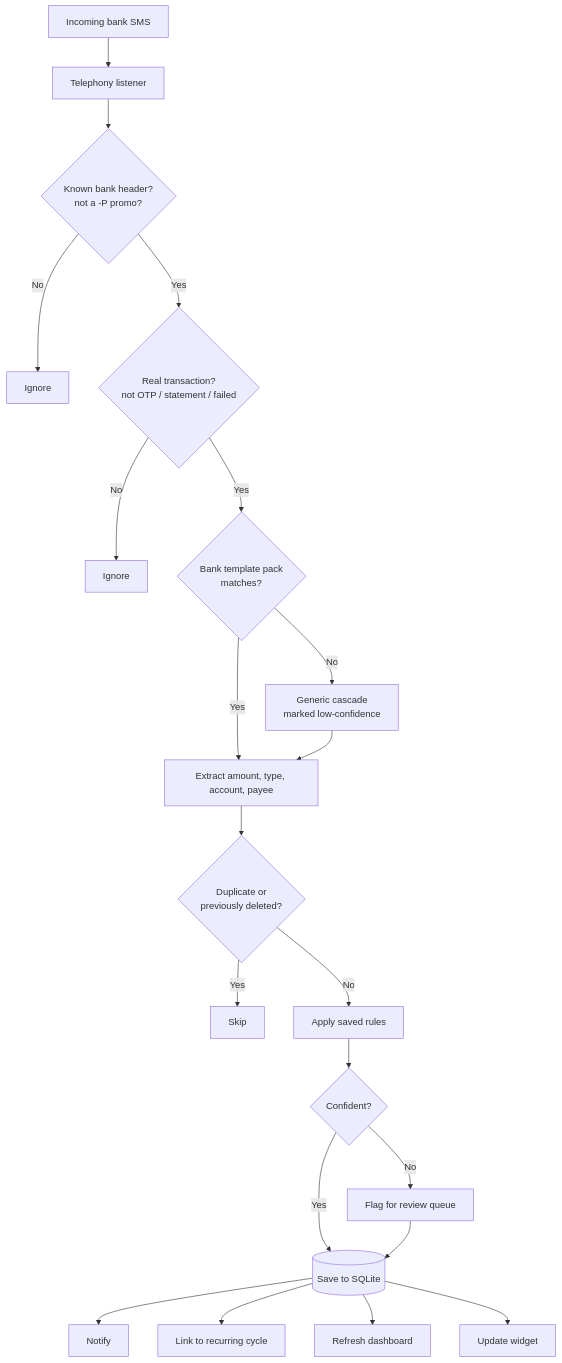
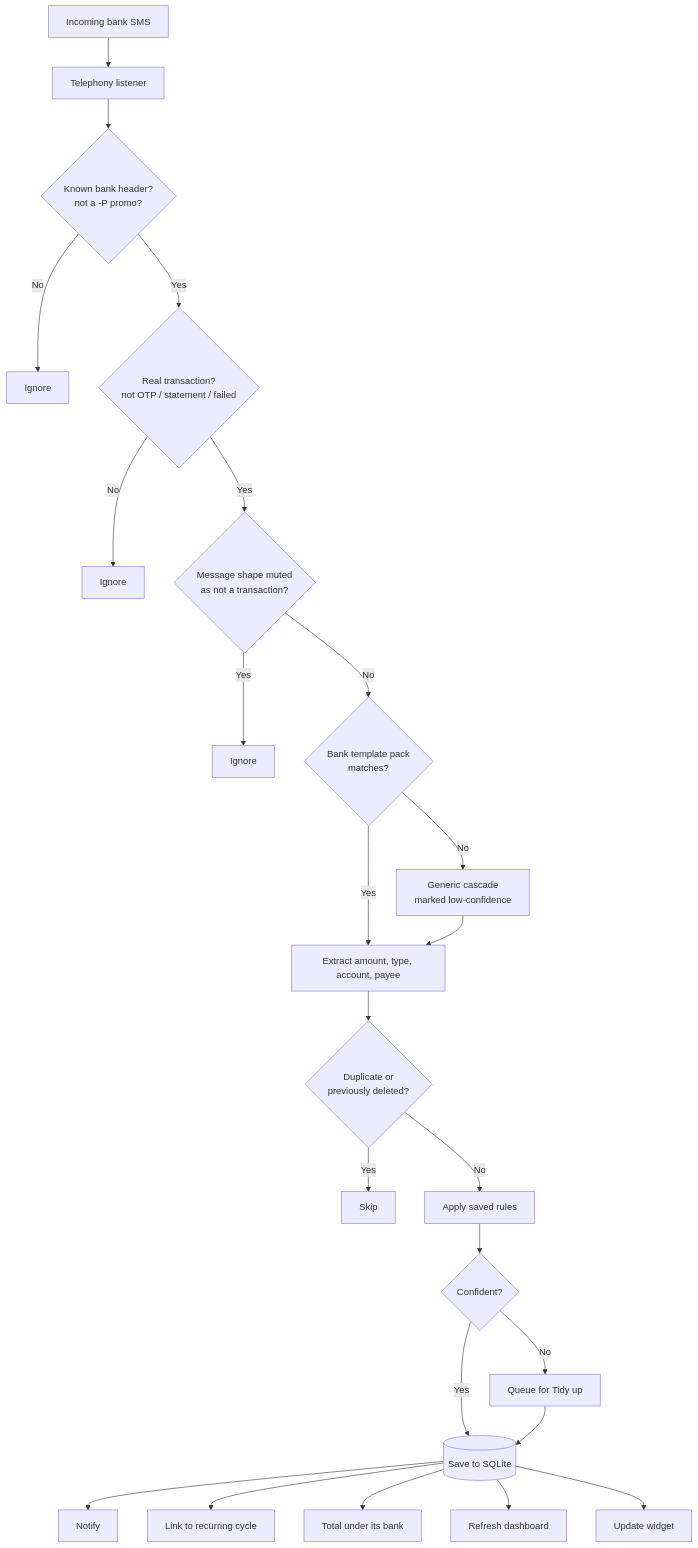
The fourth of 10 diagrams in README.md (Yolo-cell-hash/budgetify), drawn with Mermaid before and after one commit. The commit also changed other lines of this file and 1 other file, not shown here.

````diff
--- a/README.md
+++ b/README.md
@@ -296,23 +394,26 @@
 ```mermaid
 flowchart TD
   SMS[Incoming bank SMS] --> Listen[Telephony listener]
   Listen --> Sender{Known bank header?<br/>not a -P promo?}
   Sender -- No --> Drop1[Ignore]
   Sender -- Yes --> Kind{Real transaction?<br/>not OTP / statement / failed}
   Kind -- No --> Drop2[Ignore]
-  Kind -- Yes --> Tpl{Bank template pack<br/>matches?}
+  Kind -- Yes --> Muted{Message shape muted<br/>as not a transaction?}
+  Muted -- Yes --> Drop4[Ignore]
+  Muted -- No --> Tpl{Bank template pack<br/>matches?}
   Tpl -- Yes --> Ex[Extract amount, type, account, payee]
   Tpl -- No --> Gen[Generic cascade<br/>marked low-confidence]
   Gen --> Ex
   Ex --> Dup{Duplicate or<br/>previously deleted?}
   Dup -- Yes --> Drop3[Skip]
   Dup -- No --> Rule[Apply saved rules]
   Rule --> Conf{Confident?}
-  Conf -- No --> RQ[Flag for review queue]
+  Conf -- No --> RQ[Queue for Tidy up]
   Conf -- Yes --> Save
   RQ --> Save[(Save to SQLite)]
   Save --> Note[Notify]
   Save --> Rec[Link to recurring cycle]
+  Save --> Bank[Total under its bank]
   Save --> Refresh[Refresh dashboard]
   Save --> Widget[Update widget]
 ```
````
